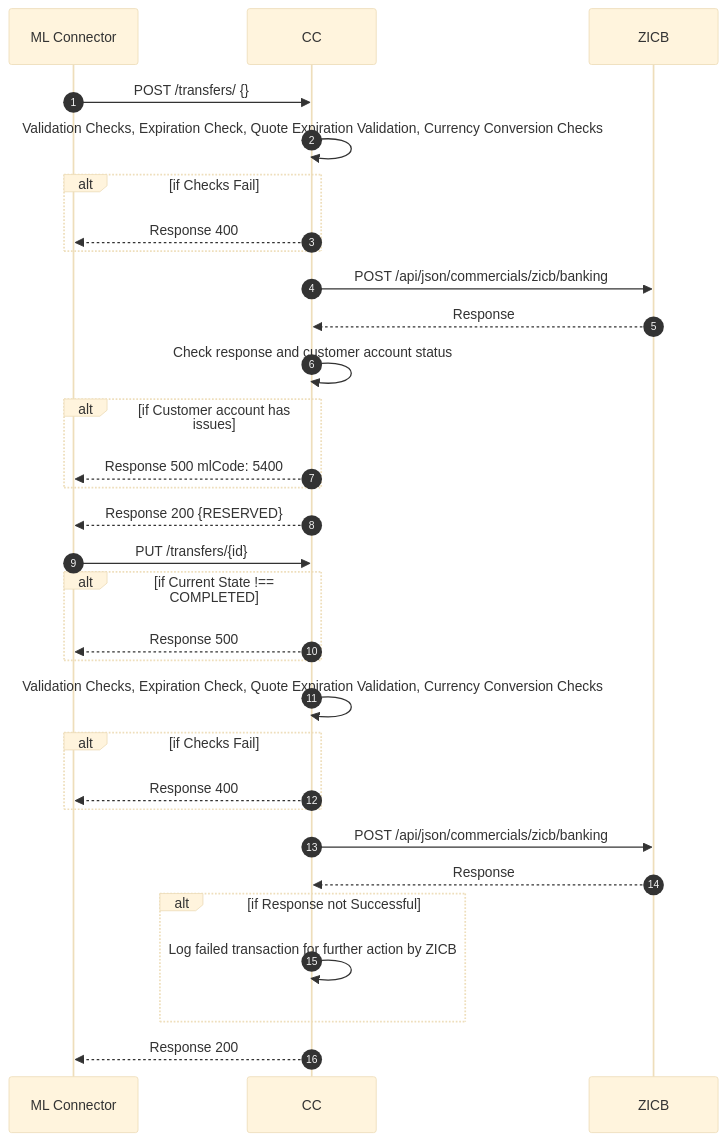
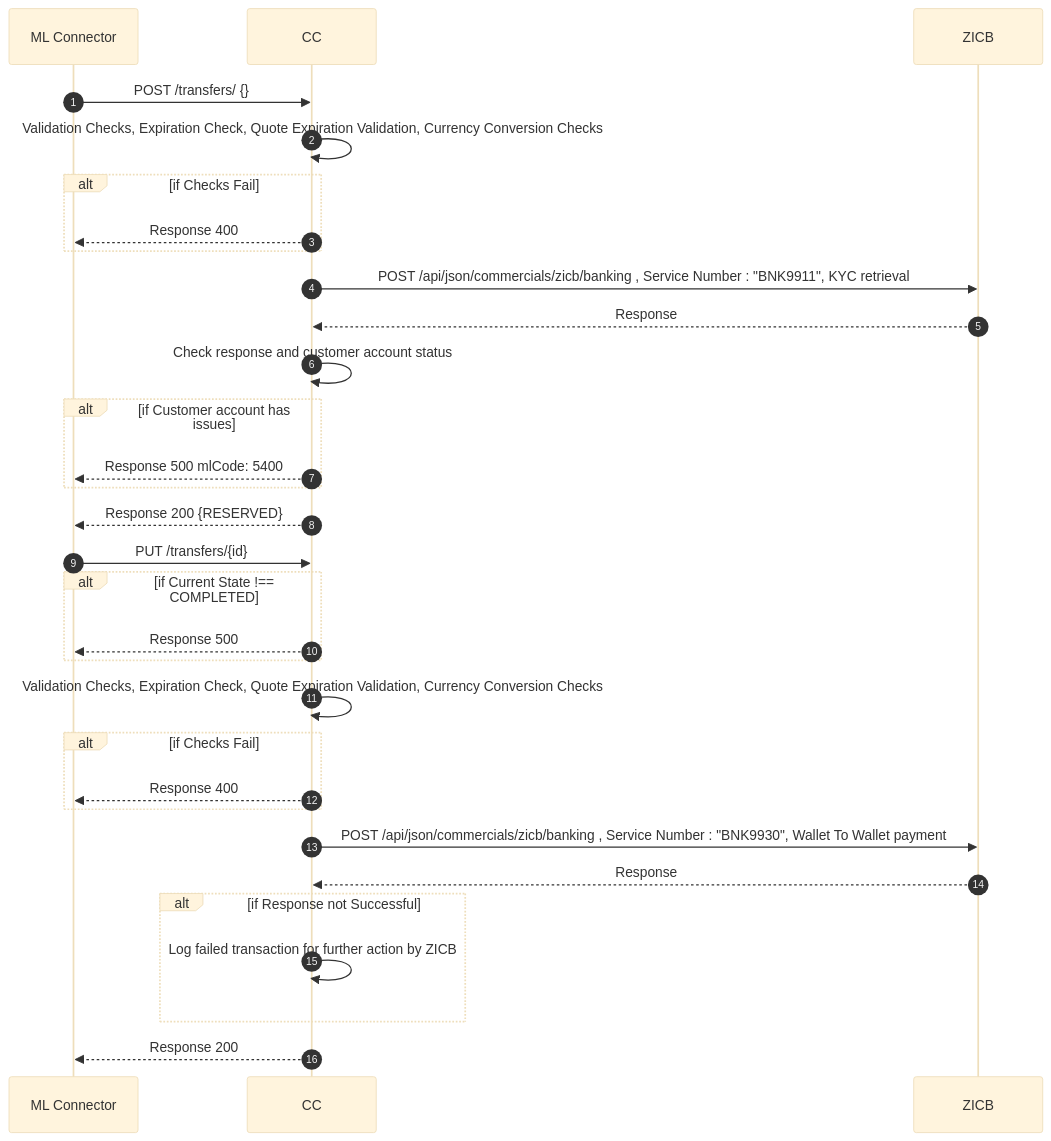
Before and after one commit to mojaloop/ml-reference-connectors: the diagram in zicb-zm-core-connector/docs/payee/payee-transfers.md, drawn with Mermaid (base theme). The commit also changed 19 other files, not shown here.

````diff
--- a/zicb-zm-core-connector/docs/payee/payee-transfers.md
+++ b/zicb-zm-core-connector/docs/payee/payee-transfers.md
@@ -4,31 +4,31 @@
 ```mermaid
 sequenceDiagram
   autoNumber
 ML Connector ->> CC:  POST /transfers/ {}
 CC->>CC:Validation Checks, Expiration Check, Quote Expiration Validation, Currency Conversion Checks
 Alt if Checks Fail
 CC-->>ML Connector: Response 400
 End
-CC->>ZICB:  POST /api/json/commercials/zicb/banking
+CC->>ZICB:  POST /api/json/commercials/zicb/banking , Service Number : "BNK9911", KYC retrieval
 ZICB-->>CC: Response 
 CC->>CC: Check response and customer account status 
 Alt if Customer account has issues 
 CC-->> ML Connector: Response 500 mlCode: 5400
 End
 CC-->>ML Connector: Response 200 {RESERVED}
 ML Connector->>CC: PUT /transfers/{id}
 Alt if Current State !== COMPLETED
 CC-->>ML Connector: Response 500
 End
 CC->>CC: Validation Checks, Expiration Check, Quote Expiration Validation, Currency Conversion Checks
 Alt if Checks Fail
 CC-->>ML Connector: Response 400
 End
-CC->>ZICB:  POST /api/json/commercials/zicb/banking
+CC->>ZICB:  POST /api/json/commercials/zicb/banking , Service Number : "BNK9930", Wallet To Wallet payment
 ZICB-->>CC: Response
 Alt if Response not Successful
 CC->>CC: Log failed transaction for further action by ZICB
 End
 CC-->>ML Connector: Response 200
 
 ```
````
